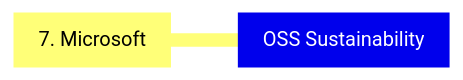
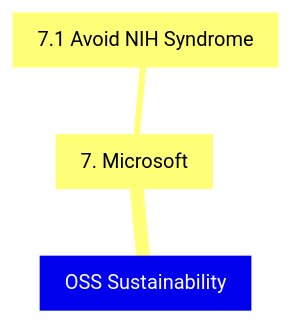
One commit to AWiderDotNET/home changed the seventh of 7 diagrams in README.md. Above: the diagram before and after it, drawn with Mermaid. The commit also changed other lines of this file, not shown here.

````diff
--- a/README.md
+++ b/README.md
@@ -90,5 +95,6 @@
 ```mermaid
 mindmap
   root[OSS Sustainability]
     7[7. Microsoft]
+      7.1[7.1 Avoid NIH Syndrome]
 ```
````
